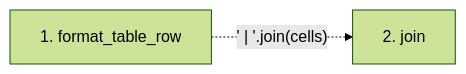
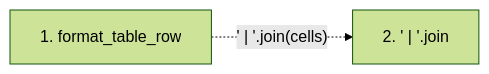
Before and after one commit to Denissvgn/python-wiki-llm: the second of 2 diagrams in docs/llm_wiki/flows/api-format_table_row.md, drawn with Mermaid (forest theme). The commit also changed other lines of this file and 719 other files, not shown here.

````diff
--- a/docs/llm_wiki/flows/api-format_table_row.md
+++ b/docs/llm_wiki/flows/api-format_table_row.md
@@ -20,7 +20,7 @@
 ```mermaid
 flowchart LR
     s1["1. format_table_row"]
-    s2["2. join"]
+    s2["2. ' | '.join"]
     s1 -. "' | '.join(cells)" .-> s2
     click s1 "../modules/markdown_sections.md"
 ```
````
